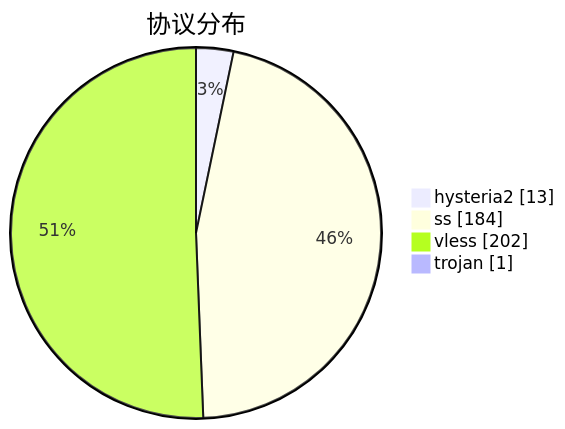
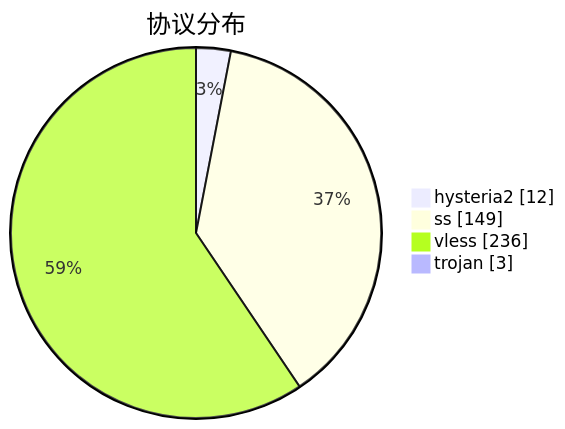
The third of 3 diagrams in subs/statistics/tested_within.md (qjlxg/airport), drawn with Mermaid before and after one commit. The commit also changed other lines of this file and 2 other files, not shown here.

````diff
--- a/subs/statistics/tested_within.md
+++ b/subs/statistics/tested_within.md
@@ -18,8 +18,8 @@
 ```mermaid
 pie showData
 title 协议分布
-"hysteria2" : 13
-"ss" : 184
-"vless" : 202
-"trojan" : 1
+"hysteria2" : 12
+"ss" : 149
+"vless" : 236
+"trojan" : 3
 ```
````
